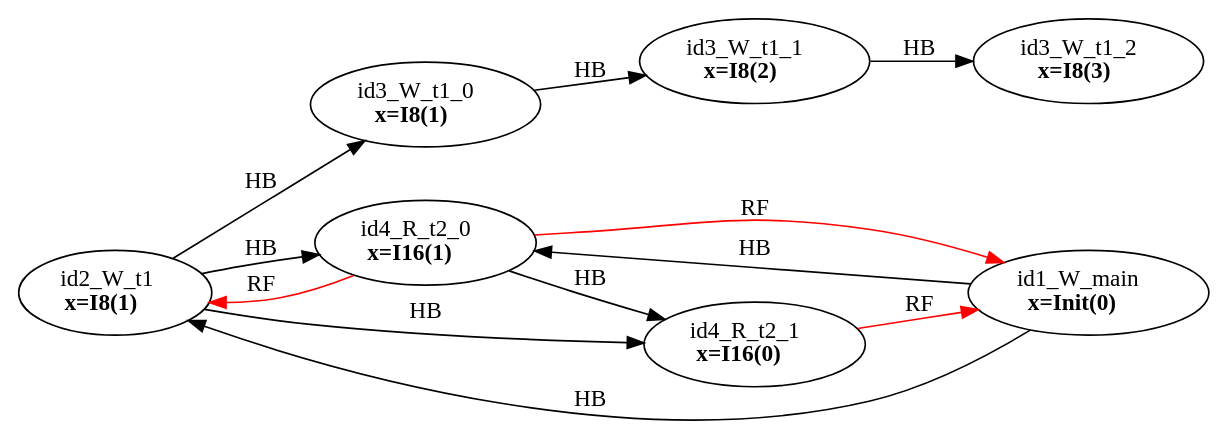
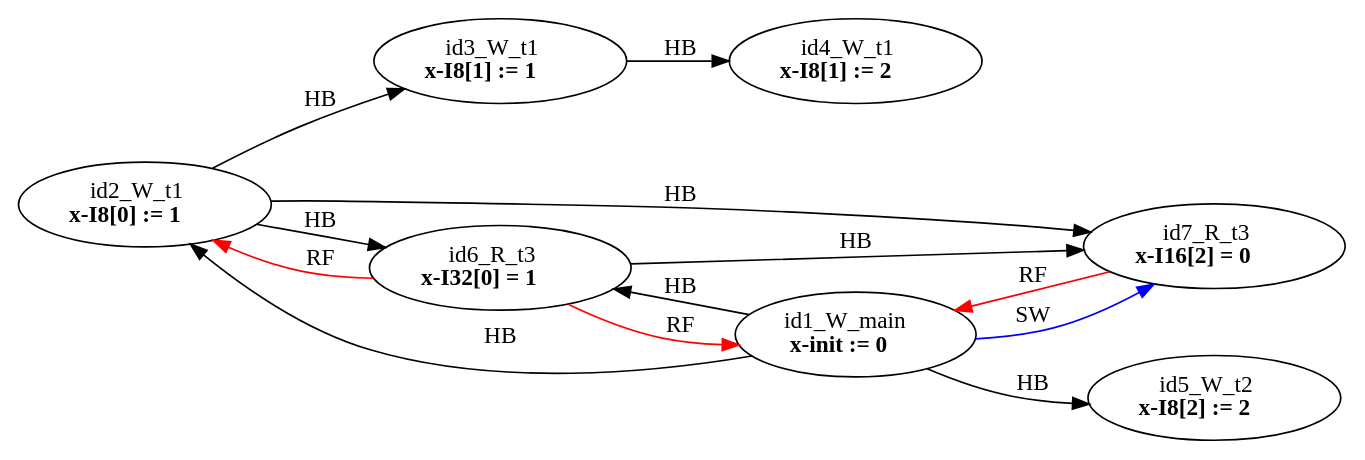
Before and after one commit to FMJS/EMME: the diagram in examples/single_var/sv_simple17/mm2.dot, drawn with Graphviz. The commit also changed 481 other files, not shown here.

```diff
--- a/examples/single_var/sv_simple17/mm2.dot
+++ b/examples/single_var/sv_simple17/mm2.dot
@@ -1,22 +1,23 @@
 digraph memory_model {
 rankdir=LR;
 splines=true; esep=0.5;
-id2_W_t1 -> id3_W_t1_0 [label = "HB", color="black"];
-id3_W_t1_0 -> id3_W_t1_1 [label = "HB", color="black"];
-id3_W_t1_1 -> id3_W_t1_2 [label = "HB", color="black"];
-id4_R_t2_0 -> id4_R_t2_1 [label = "HB", color="black"];
+id2_W_t1 -> id3_W_t1 [label = "HB", color="black"];
+id3_W_t1 -> id4_W_t1 [label = "HB", color="black"];
+id6_R_t3 -> id7_R_t3 [label = "HB", color="black"];
 id1_W_main -> id2_W_t1 [label = "HB", color="black"];
-id1_W_main -> id4_R_t2_0 [label = "HB", color="black"];
-id2_W_t1 -> id4_R_t2_0 [label = "HB", color="black"];
-id2_W_t1 -> id4_R_t2_1 [label = "HB", color="black"];
-id4_R_t2_0 -> id1_W_main [label = "RF", color="red"];
-id4_R_t2_0 -> id2_W_t1 [label = "RF", color="red"];
-id4_R_t2_1 -> id1_W_main [label = "RF", color="red"];
-id1_W_main [label=<id1_W_main<br/><B>x=Init(0)</B>>, pos="2.5,8!"]
-id2_W_t1 [label=<id2_W_t1<br/><B>x=I8(1)</B>>, pos="0,6!"]
-id3_W_t1_0 [label=<id3_W_t1_0<br/><B>x=I8(1)</B>>, pos="0,4!"]
-id3_W_t1_1 [label=<id3_W_t1_1<br/><B>x=I8(2)</B>>, pos="0,2!"]
-id3_W_t1_2 [label=<id3_W_t1_2<br/><B>x=I8(3)</B>>, pos="0,0!"]
-id4_R_t2_0 [label=<id4_R_t2_0<br/><B>x=I16(1)</B>>, pos="5,6!"]
-id4_R_t2_1 [label=<id4_R_t2_1<br/><B>x=I16(0)</B>>, pos="5,4!"]
+id1_W_main -> id5_W_t2 [label = "HB", color="black"];
+id1_W_main -> id6_R_t3 [label = "HB", color="black"];
+id2_W_t1 -> id6_R_t3 [label = "HB", color="black"];
+id2_W_t1 -> id7_R_t3 [label = "HB", color="black"];
+id6_R_t3 -> id1_W_main [label = "RF", color="red"];
+id6_R_t3 -> id2_W_t1 [label = "RF", color="red"];
+id7_R_t3 -> id1_W_main [label = "RF", color="red"];
+id1_W_main -> id7_R_t3 [label = "SW", color="blue"];
+id1_W_main [label=<id1_W_main<br/><B>x-init := 0</B>>, pos="5.0,6!"]
+id2_W_t1 [label=<id2_W_t1<br/><B>x-I8[0] := 1</B>>, pos="0,4!"]
+id3_W_t1 [label=<id3_W_t1<br/><B>x-I8[1] := 1</B>>, pos="0,2!"]
+id4_W_t1 [label=<id4_W_t1<br/><B>x-I8[1] := 2</B>>, pos="0,0!"]
+id5_W_t2 [label=<id5_W_t2<br/><B>x-I8[2] := 2</B>>, pos="5,4!"]
+id6_R_t3 [label=<id6_R_t3<br/><B>x-I32[0] = 1</B>>, pos="10,4!"]
+id7_R_t3 [label=<id7_R_t3<br/><B>x-I16[2] = 0</B>>, pos="10,2!"]
 }
```
